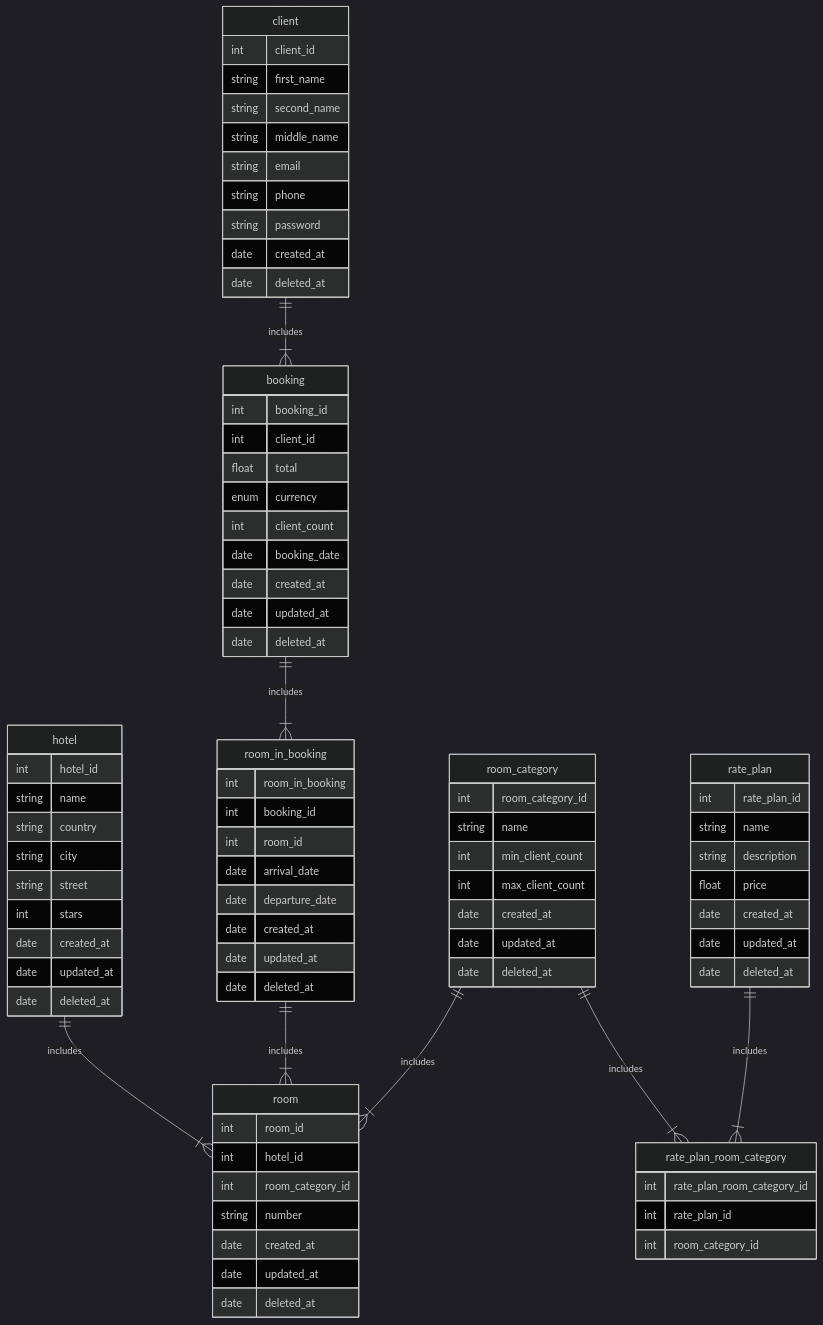
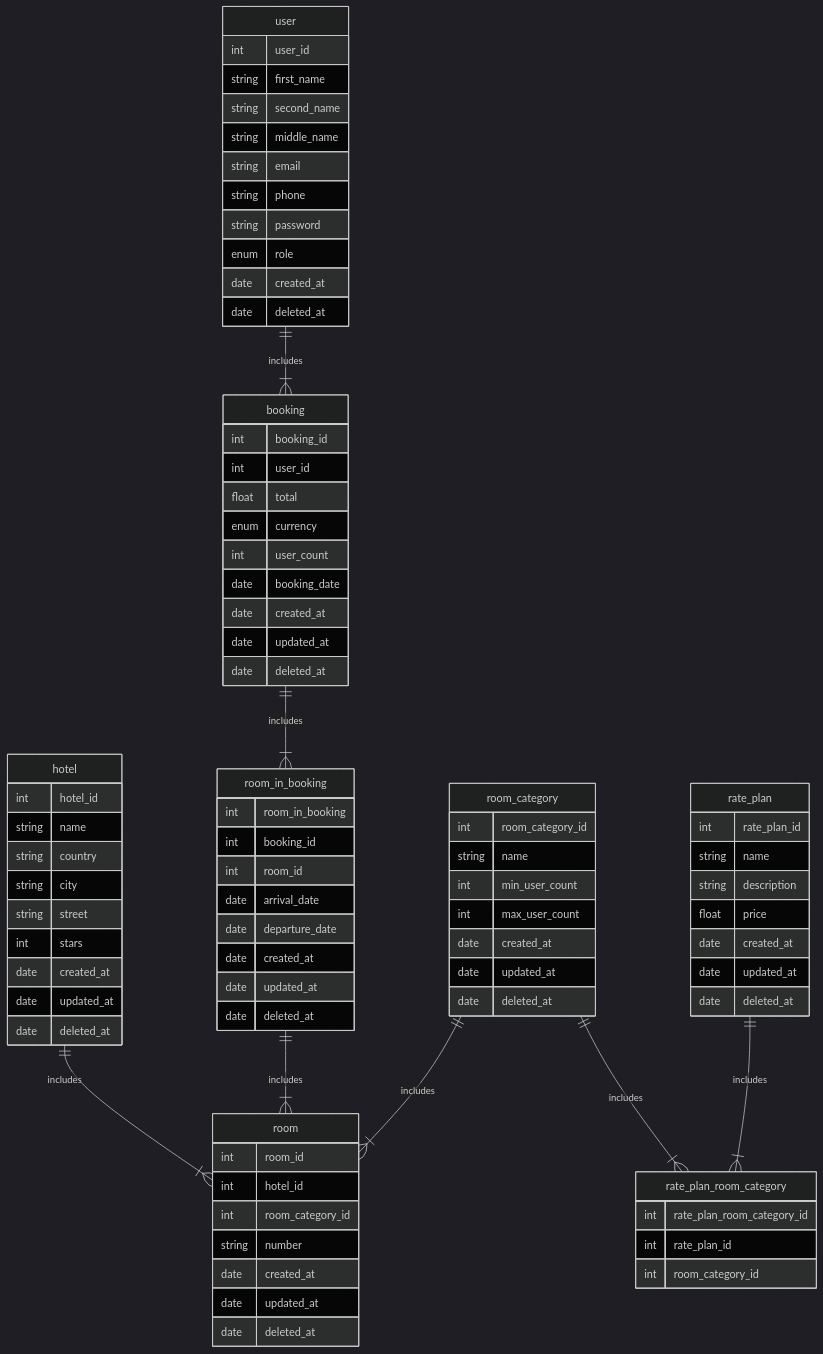
One commit to vamerkushev/Hotel-booking-service changed the diagram in README.md. Above: the diagram before and after it, drawn with Mermaid (dark theme). The commit also changed other lines of this file, not shown here.

```diff
--- a/README.md
+++ b/README.md
@@ -172,27 +173,28 @@
     room_in_booking ||--|{ room : includes
     room_category ||--|{ room : includes
     booking ||--|{ room_in_booking : includes
-    client ||--|{ booking : includes
+    user ||--|{ booking : includes
     room_category ||--|{ rate_plan_room_category : includes
     rate_plan ||--|{ rate_plan_room_category : includes
 
-    client {
-        int client_id
+    user {
+        int user_id
         string first_name
         string second_name
         string middle_name
         string email
         string phone
         string password
+        enum role
         date created_at
         date deleted_at
     }
     booking {
         int booking_id
-        int client_id
+        int user_id
         float total
         enum currency
-        int client_count
+        int user_count
         date booking_date
         date created_at
         date updated_at
@@ -220,8 +222,8 @@
     room_category {
         int room_category_id
         string name
-        int min_client_count
-        int max_client_count
+        int min_user_count
+        int max_user_count
         date created_at
         date updated_at
         date deleted_at
```
